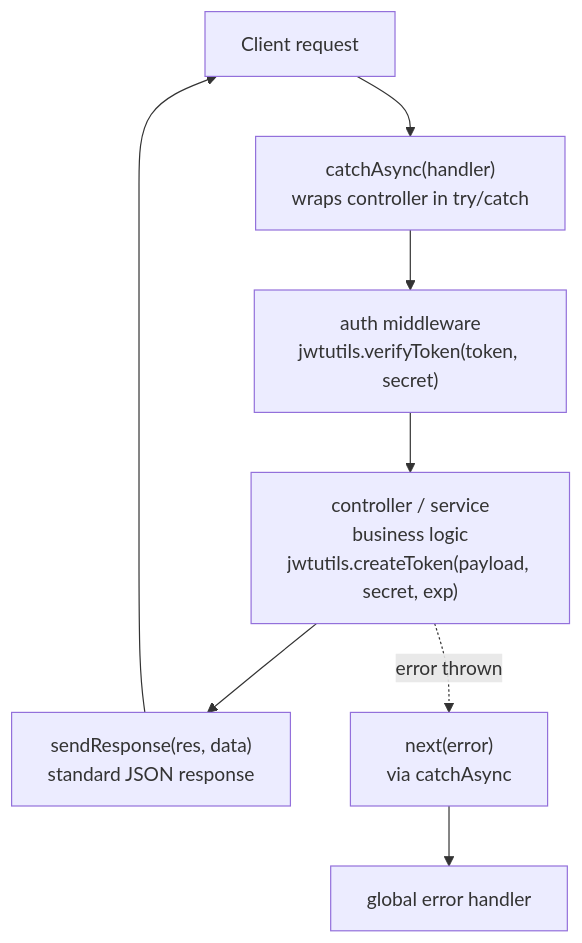
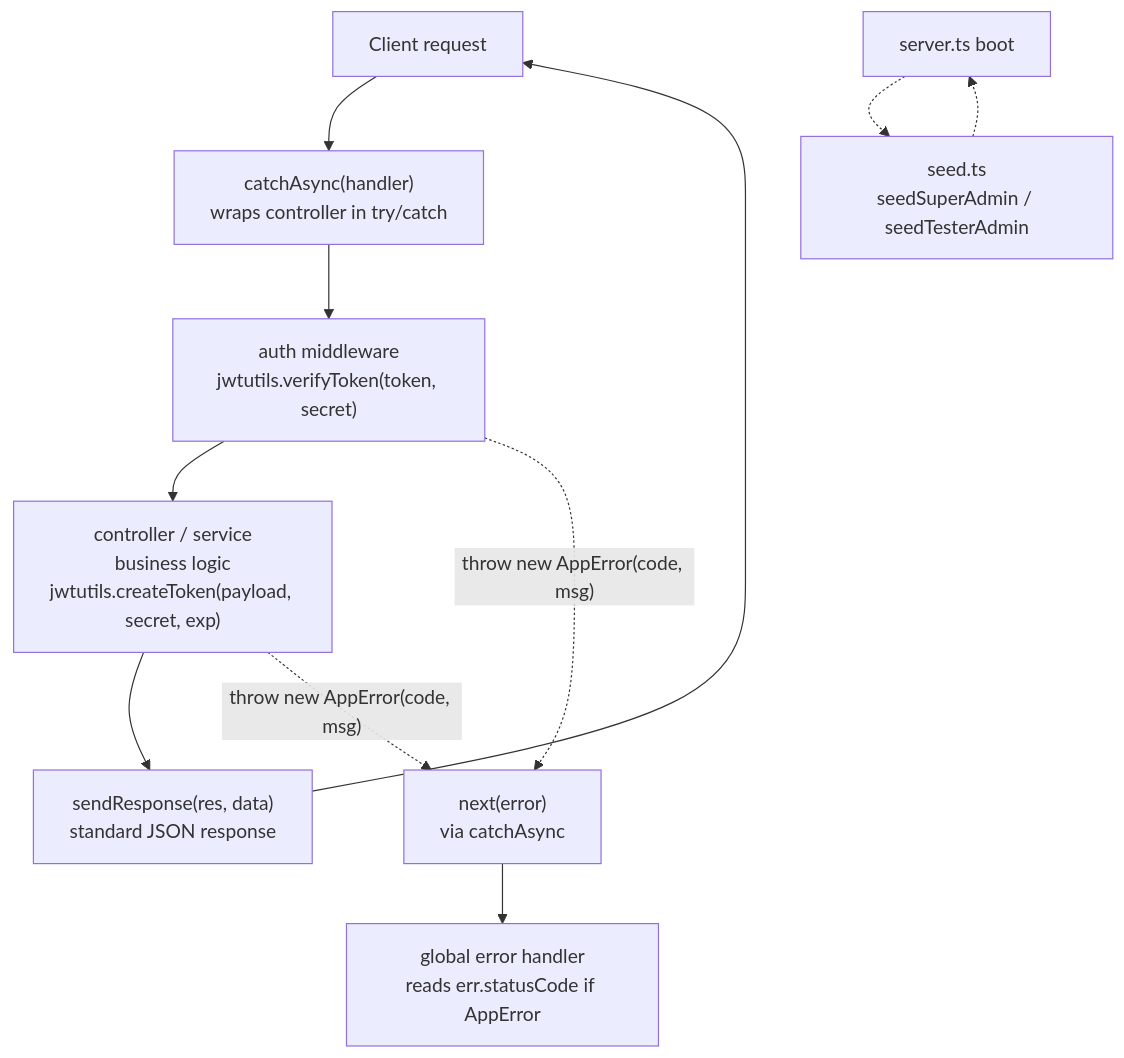
One commit to kaziashik/A_Project-Setup_Guide_for_Prisma-Express-TypeScript-Backend- changed the diagram in 3.1 Utils-File-Structure.md. Above: the diagram before and after it, drawn with Mermaid. The commit also changed other lines of this file, not shown here.

````diff
--- a/3.1 Utils-File-Structure.md
+++ b/3.1 Utils-File-Structure.md
@@ -7,10 +7,14 @@
 ```mermaid
 flowchart TD
     A[Client request] --> B["catchAsync(handler)\nwraps controller in try/catch"]
     B --> C["auth middleware\njwtutils.verifyToken(token, secret)"]
     C --> D["controller / service\nbusiness logic\njwtutils.createToken(payload, secret, exp)"]
     D --> E["sendResponse(res, data)\nstandard JSON response"]
     E --> A
-    D -. "error thrown" .-> F["next(error)\nvia catchAsync"]
-    F --> G["global error handler"]
+    D -. "throw new AppError(code, msg)" .-> F["next(error)\nvia catchAsync"]
+    C -. "throw new AppError(code, msg)" .-> F
+    F --> G["global error handler\nreads err.statusCode if AppError"]
+
+    S["server.ts boot"] -.-> SE["seed.ts\nseedSuperAdmin / seedTesterAdmin"]
+    SE -.-> S
 ```
````
